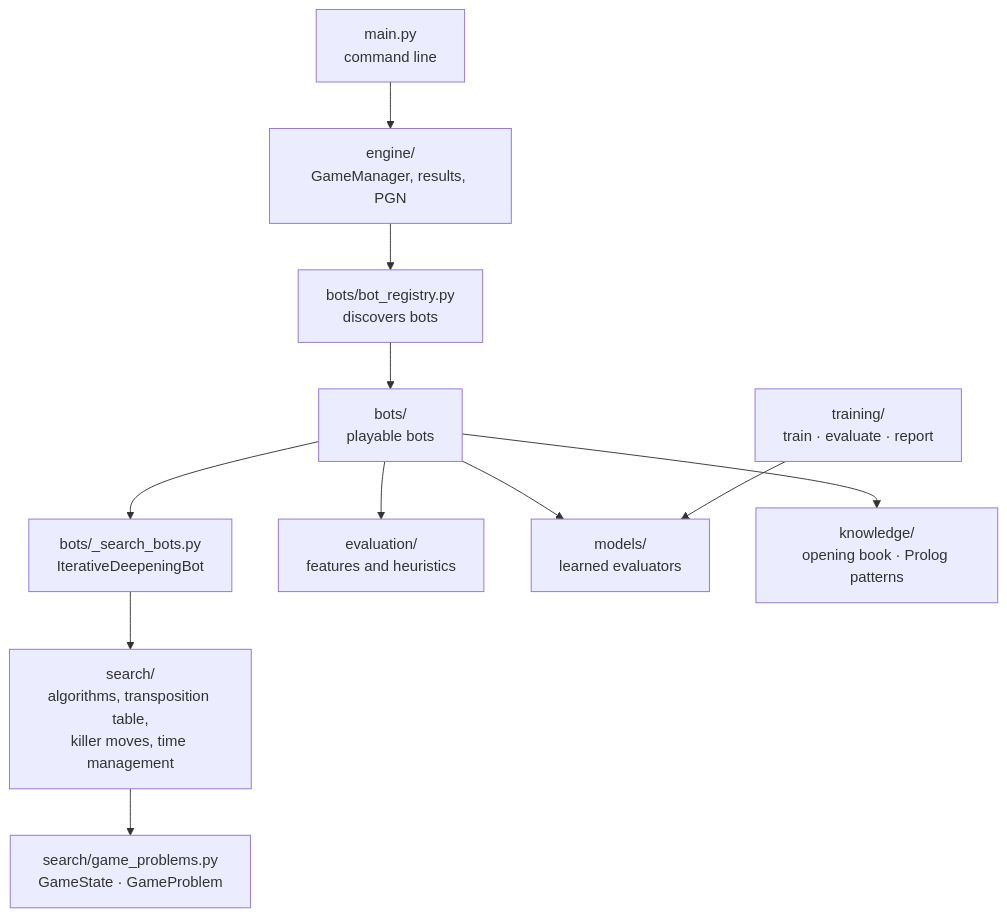
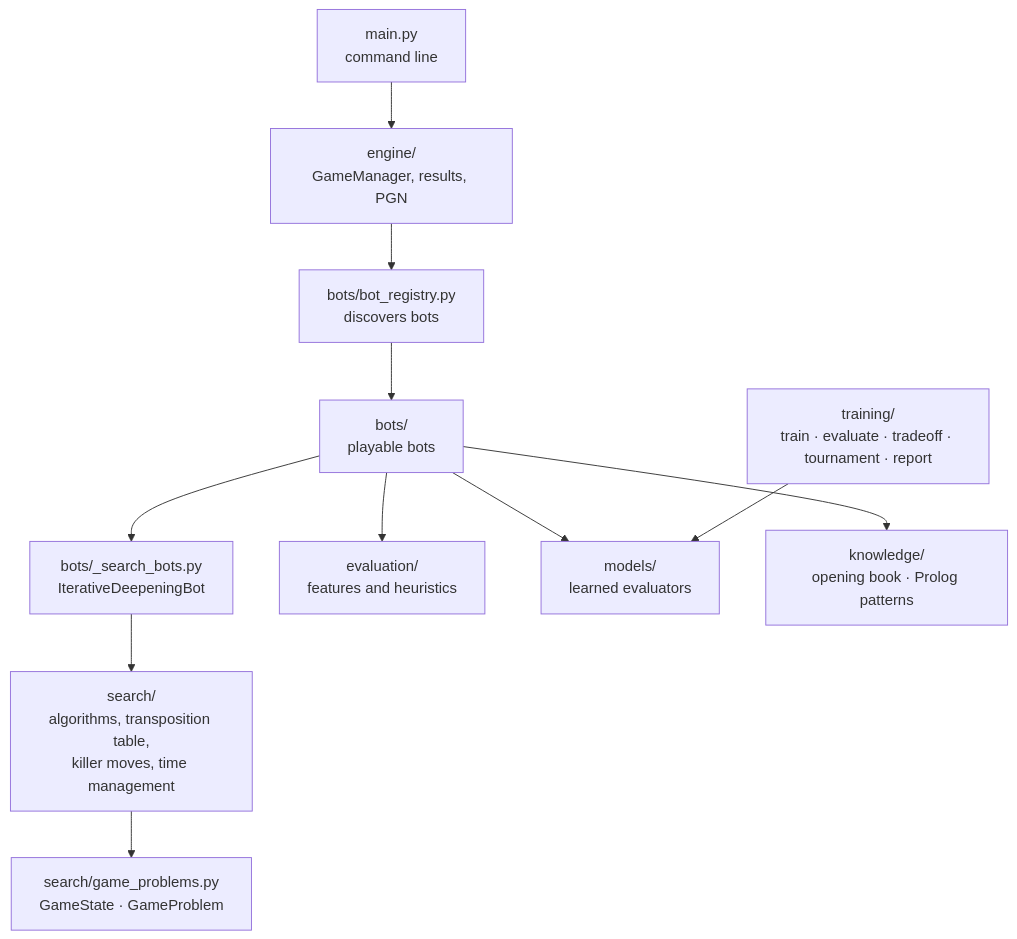
Before and after one commit to JoaquinDeVA/chess-ai-engine: the first of 3 diagrams in docs/ARCHITECTURE.md, drawn with Mermaid. The commit also changed other lines of this file and 10 other files, not shown here.

````diff
--- a/docs/ARCHITECTURE.md
+++ b/docs/ARCHITECTURE.md
@@ -6,13 +6,13 @@
 ```mermaid
 flowchart TB
     CLI["main.py<br/>command line"] --> GM["engine/<br/>GameManager, results, PGN"]
     GM --> REG["bots/bot_registry.py<br/>discovers bots"]
     REG --> BOTS["bots/<br/>playable bots"]
     BOTS --> BASES["bots/_search_bots.py<br/>IterativeDeepeningBot"]
     BASES --> SEARCH["search/<br/>algorithms, transposition table,<br/>killer moves, time management"]
     BOTS --> EVAL["evaluation/<br/>features and heuristics"]
     BOTS --> MODELS["models/<br/>learned evaluators"]
     BOTS --> KNOW["knowledge/<br/>opening book · Prolog patterns"]
     SEARCH --> GAME["search/game_problems.py<br/>GameState · GameProblem"]
-    TRAIN["training/<br/>train · evaluate · report"] --> MODELS
+    TRAIN["training/<br/>train · evaluate · tradeoff · tournament · report"] --> MODELS
 ```
````
